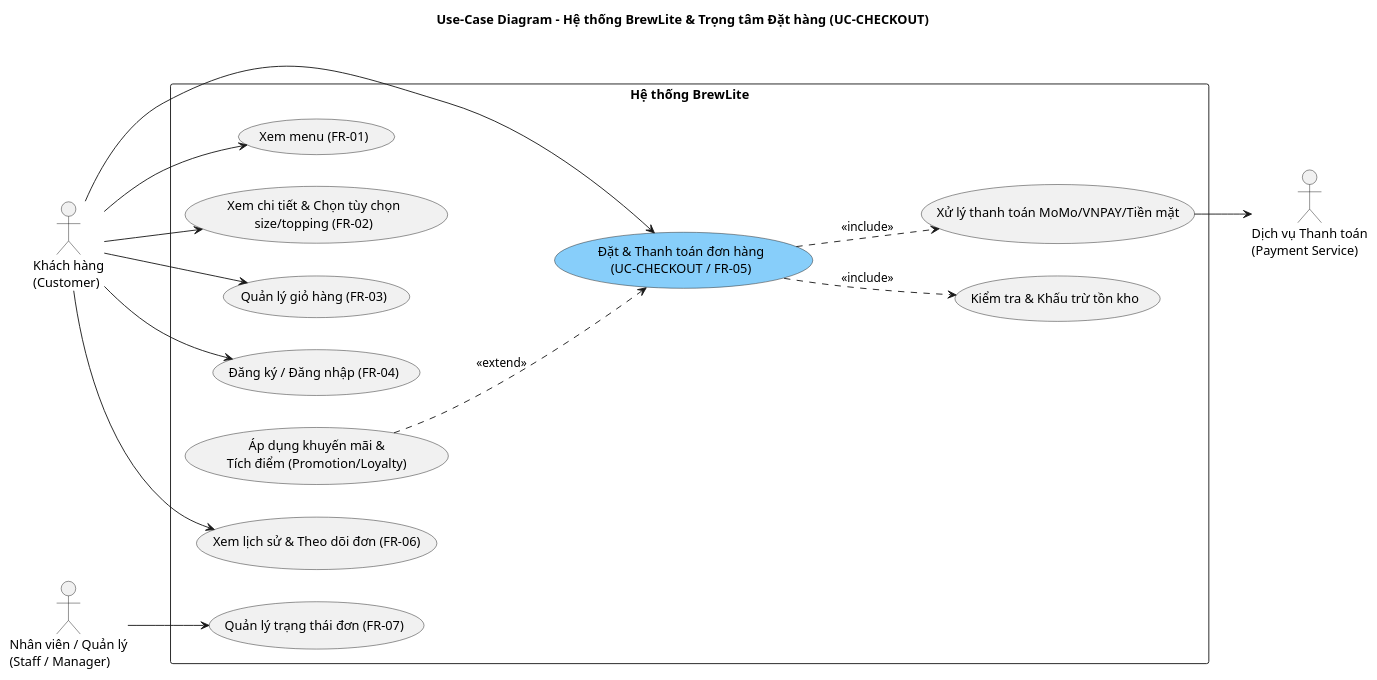
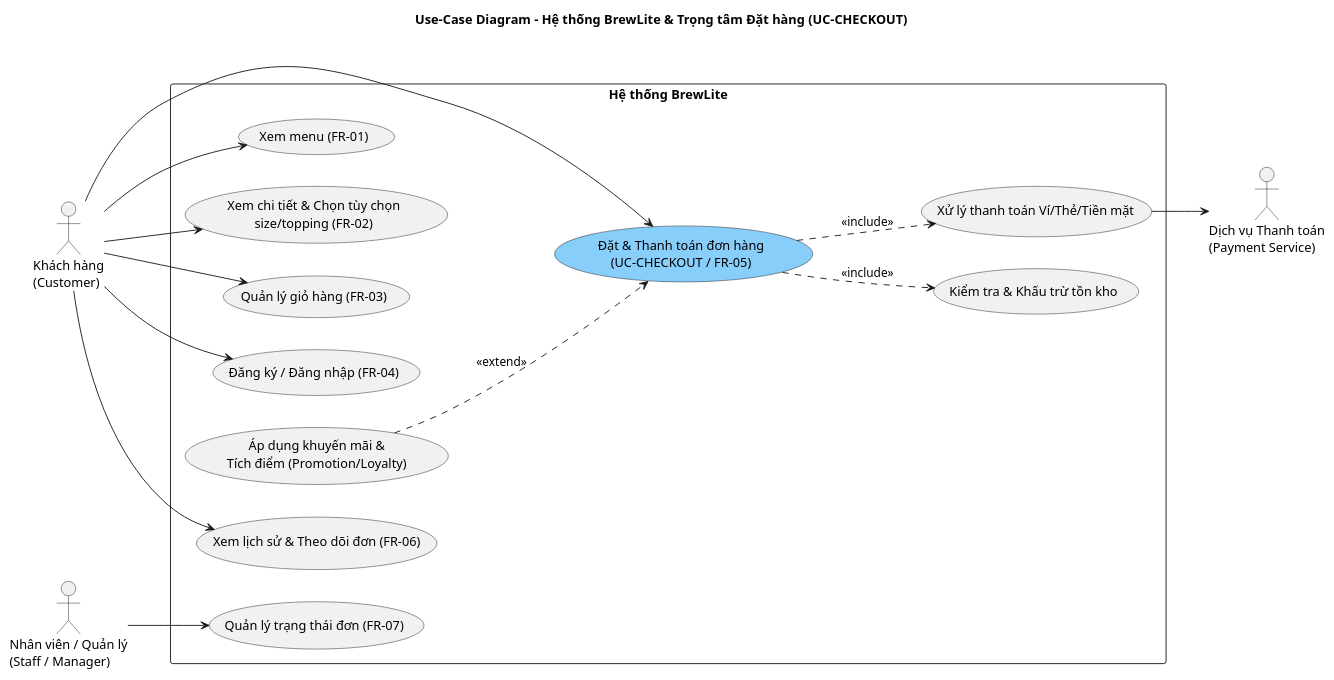
One commit to Nashando/BrewLite-SWE-project changed the diagram in docs/diagrams/Usecase_Diagram.md. Above: the diagram before and after it, drawn with PlantUML. The commit also changed 12 other files, not shown here.

First line of the commit message:
fix(api): đổi thanh toán về Ví/Thẻ theo đề bài, giữ tiền mặt làm phần mở rộng

````diff
--- a/docs/diagrams/Usecase_Diagram.md
+++ b/docs/diagrams/Usecase_Diagram.md
@@ -1,46 +1,46 @@
 ```plantuml
 @startuml
 title Use-Case Diagram - Hệ thống BrewLite & Trọng tâm Đặt hàng (UC-CHECKOUT)
 left to right direction
 skinparam packageStyle rectangle
 skinparam actorStyle outline
 
 actor "Khách hàng\n(Customer)" as Customer
 actor "Nhân viên / Quản lý\n(Staff / Manager)" as Staff
 actor "Dịch vụ Thanh toán\n(Payment Service)" as PaymentGateway
 
 rectangle "Hệ thống BrewLite" {
   usecase "Xem menu (FR-01)" as UC_Menu
   usecase "Xem chi tiết & Chọn tùy chọn\nsize/topping (FR-02)" as UC_Detail
   usecase "Quản lý giỏ hàng (FR-03)" as UC_Cart
   usecase "Đăng ký / Đăng nhập (FR-04)" as UC_Auth
   
   ' Cụm Use-case trọng tâm (Task 1.3)
   usecase "Đặt & Thanh toán đơn hàng\n(UC-CHECKOUT / FR-05)" as UC_Checkout #LightSkyBlue
   usecase "Kiểm tra & Khấu trừ tồn kho" as UC_CheckStock
-  usecase "Xử lý thanh toán MoMo/VNPAY/Tiền mặt" as UC_ProcessPayment
+  usecase "Xử lý thanh toán Ví/Thẻ/Tiền mặt" as UC_ProcessPayment
   usecase "Áp dụng khuyến mãi &\nTích điểm (Promotion/Loyalty)" as UC_Promo
   
   usecase "Xem lịch sử & Theo dõi đơn (FR-06)" as UC_History
   usecase "Quản lý trạng thái đơn (FR-07)" as UC_UpdateStatus
 }
 
 Customer --> UC_Menu
 Customer --> UC_Detail
 Customer --> UC_Cart
 Customer --> UC_Auth
 Customer --> UC_Checkout
 Customer --> UC_History
 
 ' Quan hệ trong phạm vi UC-CHECKOUT
 UC_Checkout ..> UC_CheckStock : <<include>>
 UC_Checkout ..> UC_ProcessPayment : <<include>>
 UC_Promo ..> UC_Checkout : <<extend>>
 
 ' Liên kết với hệ thống thanh toán bên ngoài/mô phỏng
 UC_ProcessPayment --> PaymentGateway
 
 ' Tác nhân Nhân viên/Quản lý
 Staff --> UC_UpdateStatus
 @enduml
 ```
````
